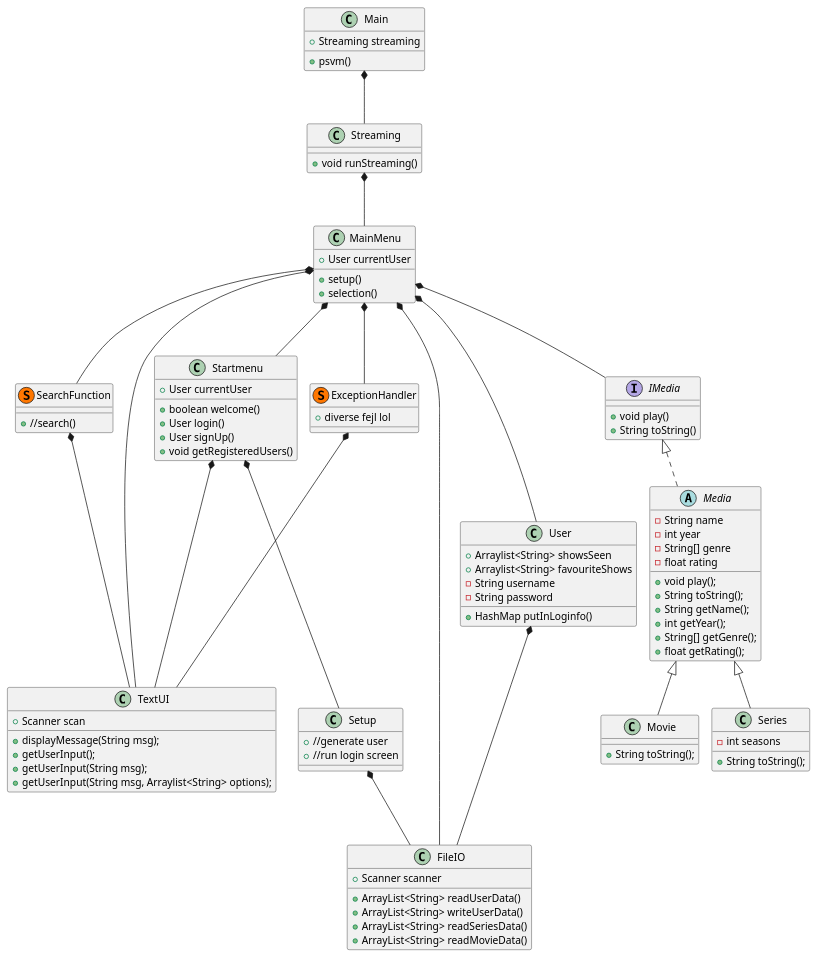
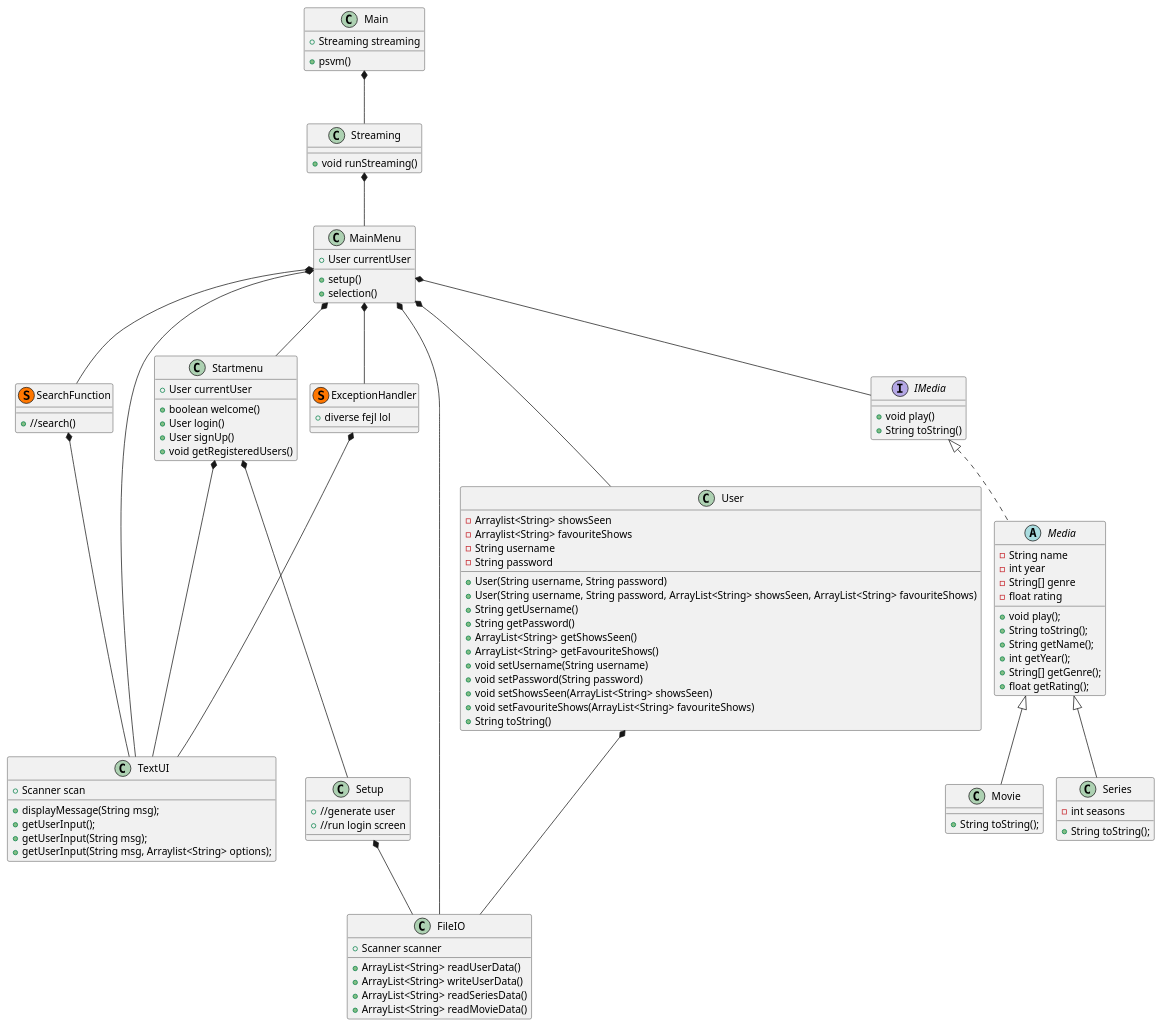
Before and after one commit to Sebbedeb/SP3---Streaming-Service: the diagram in SP03/Documentation/Class Diagram.puml, drawn with PlantUML.

Commit message:
User puml update

```diff
--- a/SP03/Documentation/Class Diagram.puml
+++ b/SP03/Documentation/Class Diagram.puml
@@ -1,97 +1,107 @@
 @startuml
 'https://plantuml.com/class-diagram
 !pragma layout smetana
 
 class Main
 class MainMenu
 class Startmenu
 class TextUI
 class User
 class FileIO
 class ExceptionHandler << (S,#FF7700) >>
 abstract class Media implements IMedia
 class Movie extends Media
 class Series extends Media
 class SearchFunction << (S,#FF7700) >>
 class MainMenu
 class Streaming
 class Setup
 
 Main *--- Streaming
 Startmenu *--- Setup
 Streaming *--- MainMenu
 MainMenu *--- Startmenu
 MainMenu *---TextUI
 MainMenu *--- ExceptionHandler
 MainMenu *--- FileIO
 MainMenu *--- User
 MainMenu *--- IMedia
 MainMenu *--- SearchFunction
 User *--- FileIO
 SearchFunction *--- TextUI
 Startmenu *--- TextUI
 ExceptionHandler *--- TextUI
 Setup *--- FileIO
 
 Main : +psvm()
 Main : +Streaming streaming
 
 MainMenu : + User currentUser
 MainMenu : + setup()
 MainMenu : + selection()
 Streaming : + void runStreaming()
 
 Setup : + //generate user
 Setup : + //run login screen
 
 SearchFunction : +//search()
 
 Startmenu : + User currentUser
 Startmenu : + boolean welcome()
 Startmenu : + User login()
 Startmenu : + User signUp()
 Startmenu : + void getRegisteredUsers()
 
 FileIO : + Scanner scanner
 FileIO : + ArrayList<String> readUserData()
 FileIO : + ArrayList<String> writeUserData()
 FileIO : + ArrayList<String> readSeriesData()
 FileIO : + ArrayList<String> readMovieData()
 
 
-User : + Arraylist<String> showsSeen
-User : + Arraylist<String> favouriteShows
+User : - Arraylist<String> showsSeen
+User : - Arraylist<String> favouriteShows
 User : - String username
 User : - String password
-User : + HashMap putInLoginfo()
+User : + User(String username, String password)
+User : + User(String username, String password, ArrayList<String> showsSeen, ArrayList<String> favouriteShows)
+User : + String getUsername()
+User : + String getPassword()
+User : + ArrayList<String> getShowsSeen()
+User : + ArrayList<String> getFavouriteShows()
+User : + void setUsername(String username)
+User : + void setPassword(String password)
+User : + void setShowsSeen(ArrayList<String> showsSeen)
+User : + void setFavouriteShows(ArrayList<String> favouriteShows)
+User : + String toString()
 
 
 IMedia : + void play()
 IMedia : + String toString()
 
 TextUI : + Scanner scan
 TextUI : + displayMessage(String msg);
 TextUI : + getUserInput();
 TextUI : + getUserInput(String msg);
 TextUI : + getUserInput(String msg, Arraylist<String> options);
 
 ExceptionHandler : + diverse fejl lol
 
 Media : -String name
 Media : -int year
 Media : -String[] genre
 Media : -float rating
 Media : + void play();
 Media : + String toString();
 Media : + String getName();
 Media : + int getYear();
 Media : + String[] getGenre();
 Media : + float getRating();
 
 Movie : + String toString();
 
 Series : - int seasons
 Series : + String toString();
 
 
 @enduml
```
